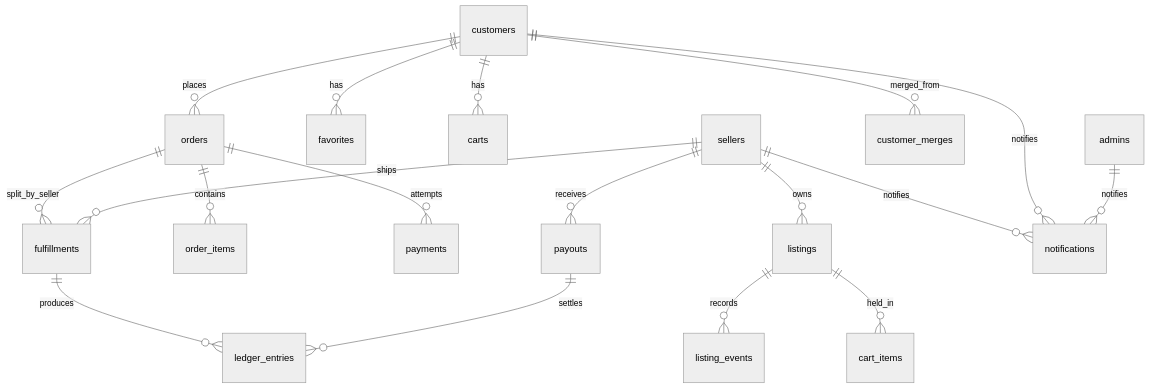
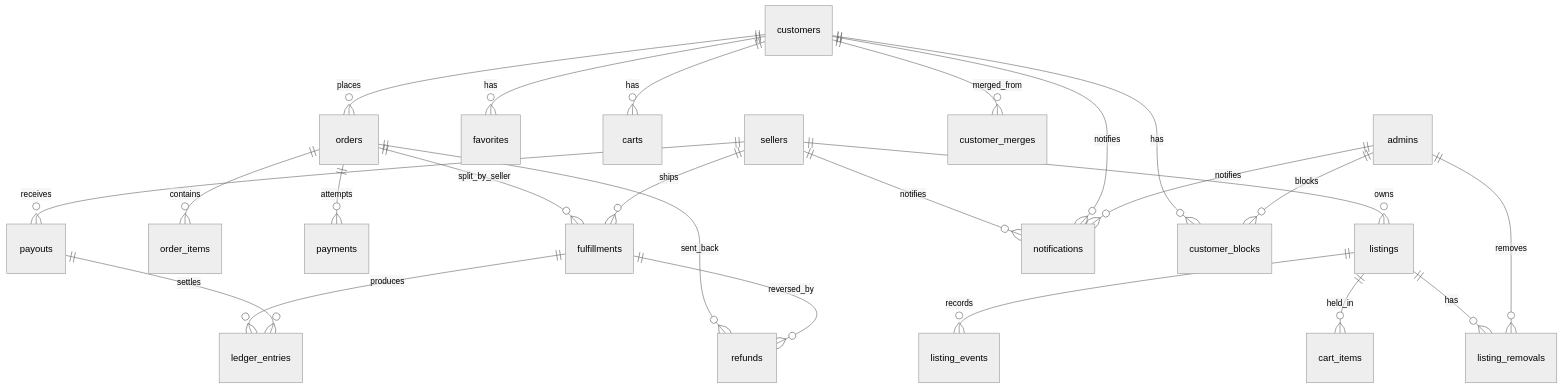
One commit to jonathan-beebe/art-store changed the third of 6 diagrams in prototype/rails/docs/architecture.md. Above: the diagram before and after it, drawn with Mermaid (neutral theme). The commit also changed other lines of this file and 318 other files, not shown here.

````diff
--- a/prototype/rails/docs/architecture.md
+++ b/prototype/rails/docs/architecture.md
@@ -149,20 +152,26 @@
 ```mermaid
 erDiagram
     sellers ||--o{ listings : owns
     customers ||--o{ favorites : has
     customers ||--o{ carts : has
     customers ||--o{ orders : places
     listings ||--o{ listing_events : records
     listings ||--o{ cart_items : held_in
     orders ||--o{ order_items : contains
     orders ||--o{ payments : attempts
     orders ||--o{ fulfillments : split_by_seller
     sellers ||--o{ fulfillments : ships
     fulfillments ||--o{ ledger_entries : produces
     sellers ||--o{ payouts : receives
     payouts ||--o{ ledger_entries : settles
     customers ||--o{ customer_merges : merged_from
     sellers ||--o{ notifications : notifies
     customers ||--o{ notifications : notifies
     admins ||--o{ notifications : notifies
+    orders ||--o{ refunds : sent_back
+    fulfillments ||--o{ refunds : reversed_by
+    listings ||--o{ listing_removals : has
+    admins ||--o{ listing_removals : removes
+    customers ||--o{ customer_blocks : has
+    admins ||--o{ customer_blocks : blocks
 ```
````
